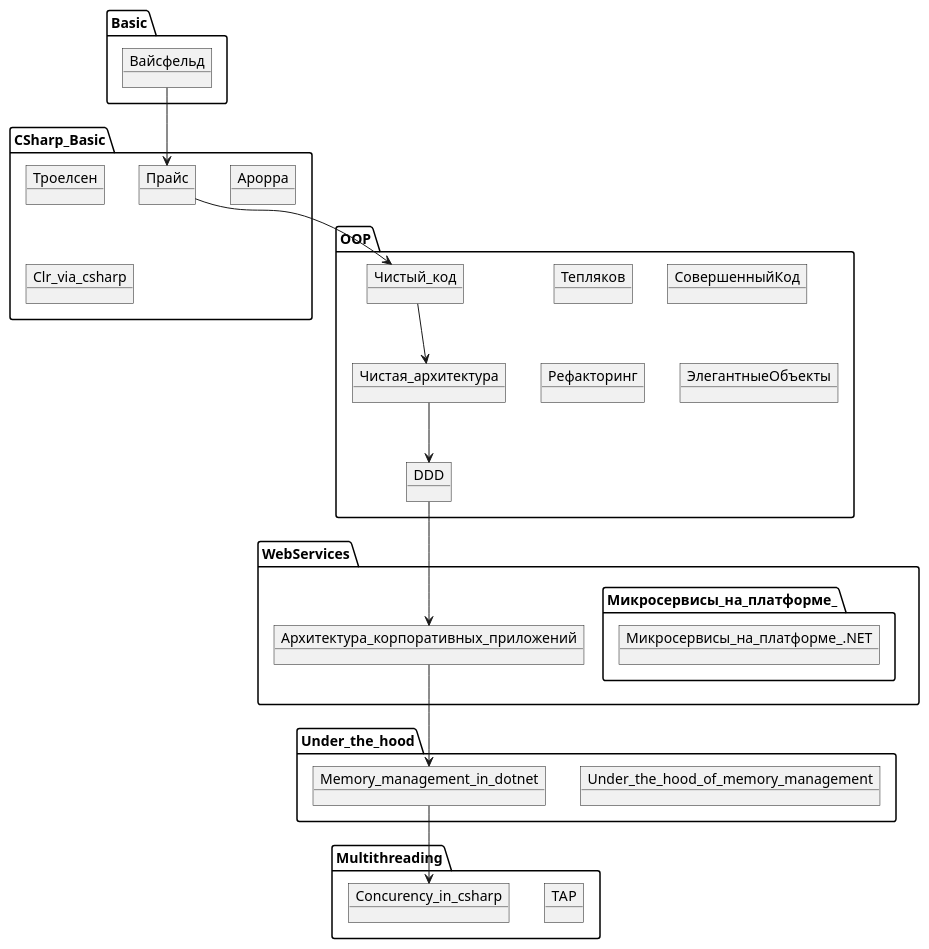
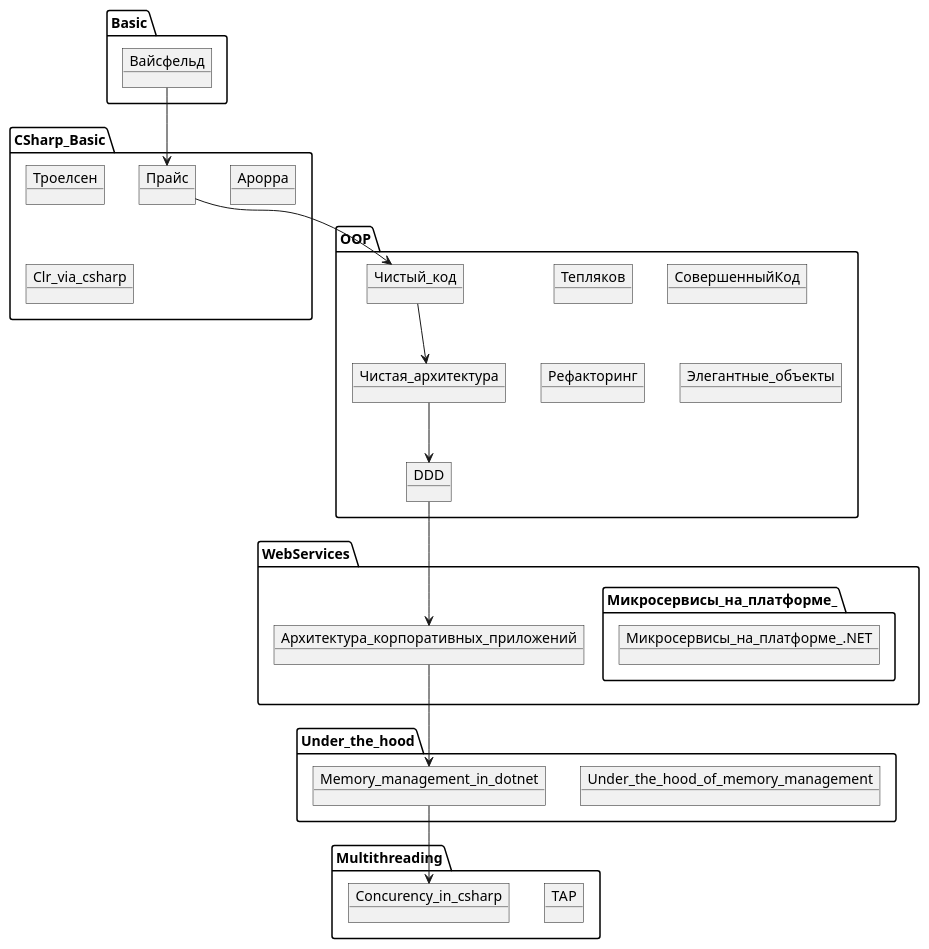
Before and after one commit to kysect/Main: the diagram in material/Book-guide.puml, drawn with PlantUML.

```diff
--- a/material/Book-guide.puml
+++ b/material/Book-guide.puml
@@ -1,47 +1,47 @@
 @startuml
 
 package Basic {
     object Вайсфельд
 }
 
 package CSharp_Basic {
     object Троелсен
     object Прайс
     object Арорра
     object Clr_via_csharp
 }
 
 package OOP {
     object Чистый_код
     object Тепляков
     object СовершенныйКод
     object Рефакторинг
     object DDD
-    object ЭлегантныеОбъекты
+    object Элегантные_объекты
     object Чистая_архитектура
 }
 
 package WebServices {
     object Архитектура_корпоративных_приложений
     object Микросервисы_на_платформе_.NET
 }
 
 package Under_the_hood {
     object Under_the_hood_of_memory_management
     object Memory_management_in_dotnet
 }
 
 package Multithreading {
     object TAP
     object Concurency_in_csharp
 }
 
 Вайсфельд --> Прайс
 Прайс --> Чистый_код
 Чистый_код --> Чистая_архитектура
 Чистая_архитектура --> DDD
 DDD --> Архитектура_корпоративных_приложений
 Архитектура_корпоративных_приложений --> Memory_management_in_dotnet
 Memory_management_in_dotnet --> Concurency_in_csharp
 
 @enduml
```
